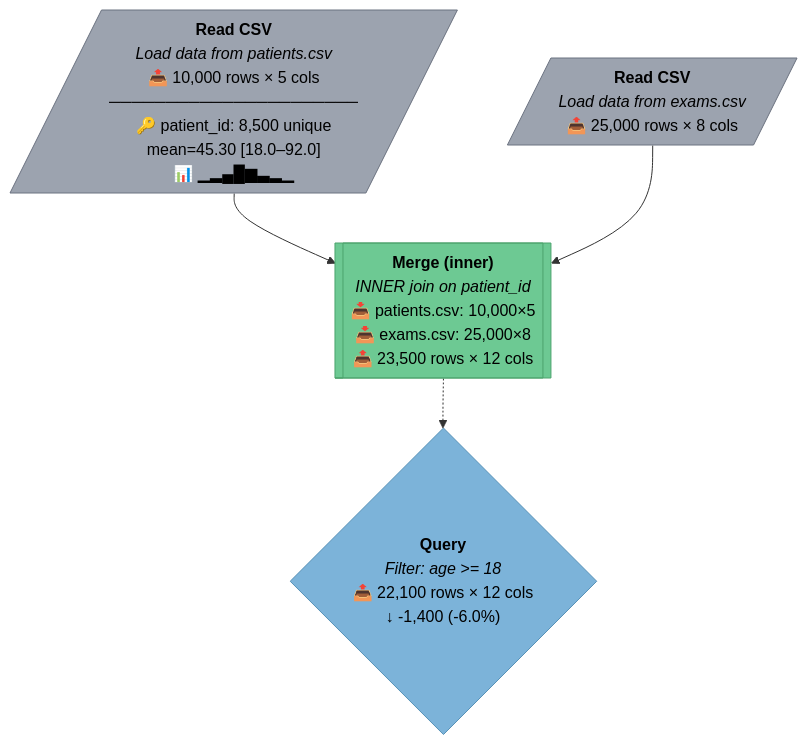
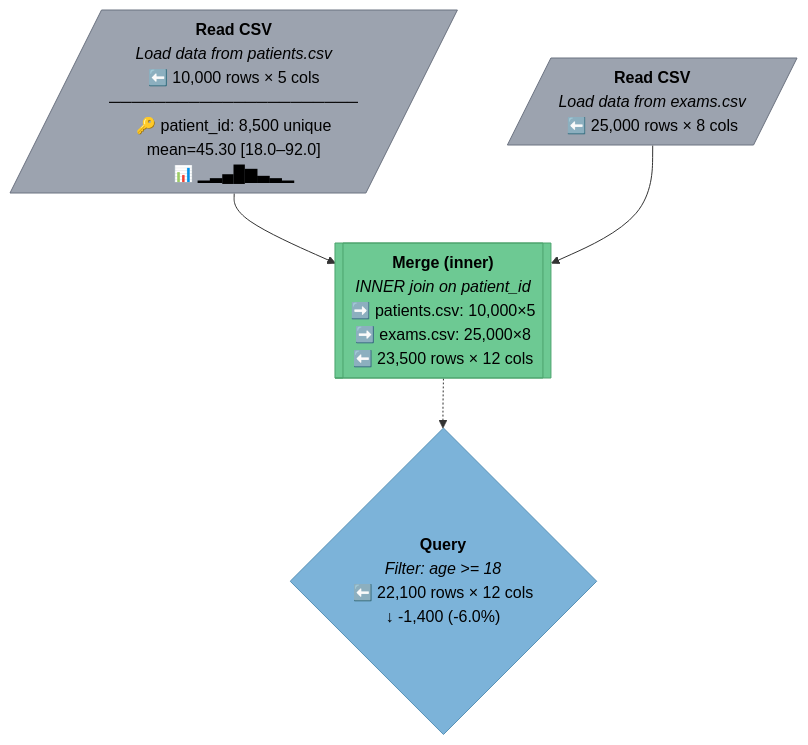
Before and after one commit to rschererstm/pandas-flowchart: the diagram in README.md, drawn with Mermaid. The commit also changed 2 other files, not shown here.

Commit message:
change in out symbol

````diff
--- a/README.md
+++ b/README.md
@@ -187,19 +187,19 @@
 ```mermaid
 flowchart TB
-    op_1[/"<b>Read CSV</b><br/><i>Load data from patients.csv</i><br/>📤 10,000 rows × 5 cols<br/>──────────────────────<br/>🔑 patient_id: 8,500 unique<br/>mean=45.30 [18.0–92.0]<br/>📊 ▁▂▄█▆▃▂▁"/]
+    op_1[/"<b>Read CSV</b><br/><i>Load data from patients.csv</i><br/>⬅️ 10,000 rows × 5 cols<br/>──────────────────────<br/>🔑 patient_id: 8,500 unique<br/>mean=45.30 [18.0–92.0]<br/>📊 ▁▂▄█▆▃▂▁"/]
     
-    op_2[/"<b>Read CSV</b><br/><i>Load data from exams.csv</i><br/>📤 25,000 rows × 8 cols"/]
+    op_2[/"<b>Read CSV</b><br/><i>Load data from exams.csv</i><br/>⬅️ 25,000 rows × 8 cols"/]
     
-    op_3[["<b>Merge (inner)</b><br/><i>INNER join on patient_id</i><br/>📥 patients.csv: 10,000×5<br/>📥 exams.csv: 25,000×8<br/>📤 23,500 rows × 12 cols"]]
+    op_3[["<b>Merge (inner)</b><br/><i>INNER join on patient_id</i><br/>➡️ patients.csv: 10,000×5<br/>➡️ exams.csv: 25,000×8<br/>⬅️ 23,500 rows × 12 cols"]]
     
-    op_4{"<b>Query</b><br/><i>Filter: age >= 18</i><br/>📤 22,100 rows × 12 cols<br/>↓ -1,400 (-6.0%)"}
+    op_4{"<b>Query</b><br/><i>Filter: age >= 18</i><br/>⬅️ 22,100 rows × 12 cols<br/>↓ -1,400 (-6.0%)"}
     
     op_1 --> op_3
     op_2 --> op_3
     op_3 -.-> op_4
     
     style op_1 fill:#9ca3af,stroke:#6b7280,color:#000000
     style op_2 fill:#9ca3af,stroke:#6b7280,color:#000000
     style op_3 fill:#6dc993,stroke:#4ca36d,color:#000000
     style op_4 fill:#7cb3d9,stroke:#5691b7,color:#000000
 ```
````
